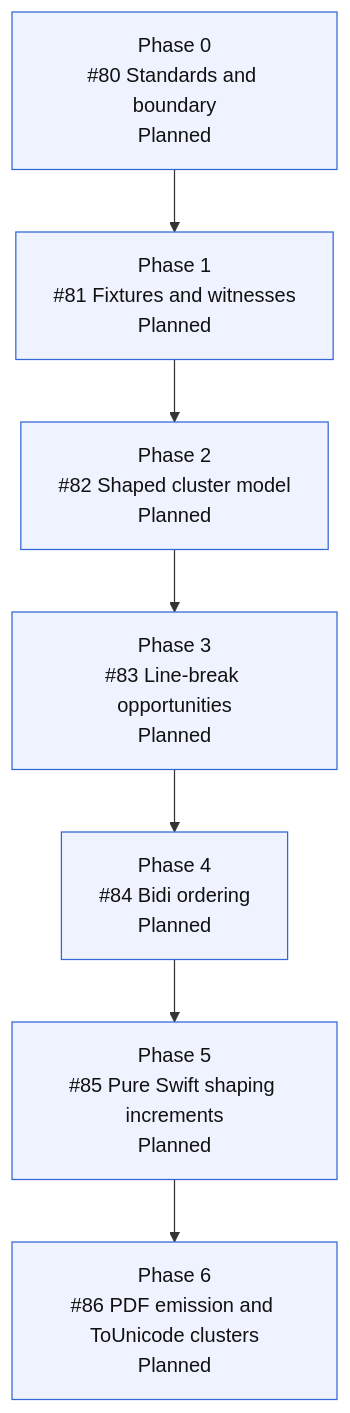
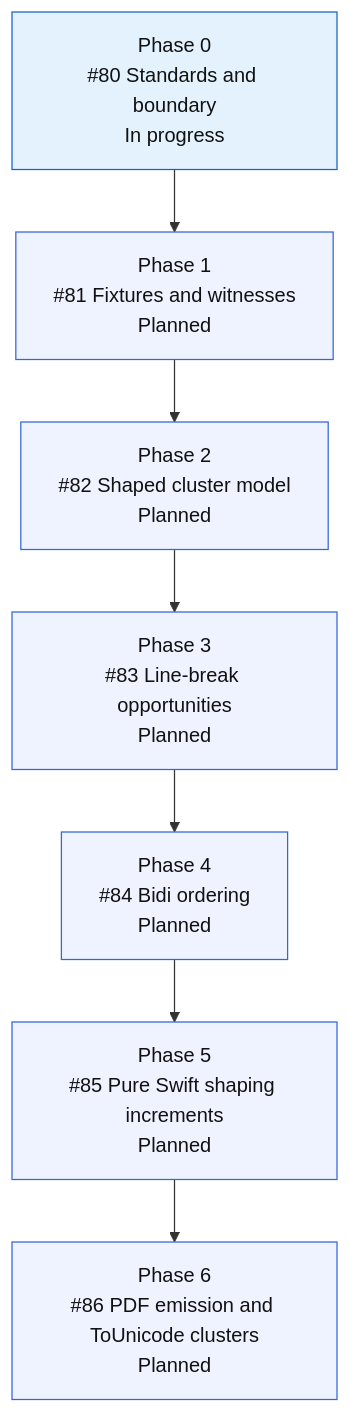
The fourth of 4 diagrams in README.md (mihaelamj/MarkdownPDF), drawn with Mermaid before and after one commit. The commit also changed other lines of this file and 1 other file, not shown here.

Commit message:
docs(research): define complex script boundary

````diff
--- a/README.md
+++ b/README.md
@@ -301,19 +300,20 @@
 ```mermaid
 flowchart TD
-    S0["Phase 0<br/>#80 Standards and boundary<br/>Planned"]
+    S0["Phase 0<br/>#80 Standards and boundary<br/>In progress"]
     S1["Phase 1<br/>#81 Fixtures and witnesses<br/>Planned"]
     S2["Phase 2<br/>#82 Shaped cluster model<br/>Planned"]
     S3["Phase 3<br/>#83 Line-break opportunities<br/>Planned"]
     S4["Phase 4<br/>#84 Bidi ordering<br/>Planned"]
     S5["Phase 5<br/>#85 Pure Swift shaping increments<br/>Planned"]
     S6["Phase 6<br/>#86 PDF emission and ToUnicode clusters<br/>Planned"]
 
     S0 --> S1 --> S2 --> S3 --> S4 --> S5 --> S6
 
     classDef done fill:#e8f5e9,stroke:#2e7d32,color:#111;
     classDef active fill:#e3f2fd,stroke:#1565c0,color:#111;
     classDef review fill:#f3e5f5,stroke:#7b1fa2,color:#111;
     classDef next fill:#fff8e1,stroke:#f9a825,color:#111;
     classDef todo fill:#eef3ff,stroke:#3367d6,color:#111;
-    class S0,S1,S2,S3,S4,S5,S6 todo;
+    class S0 active;
+    class S1,S2,S3,S4,S5,S6 todo;
 ```
````
